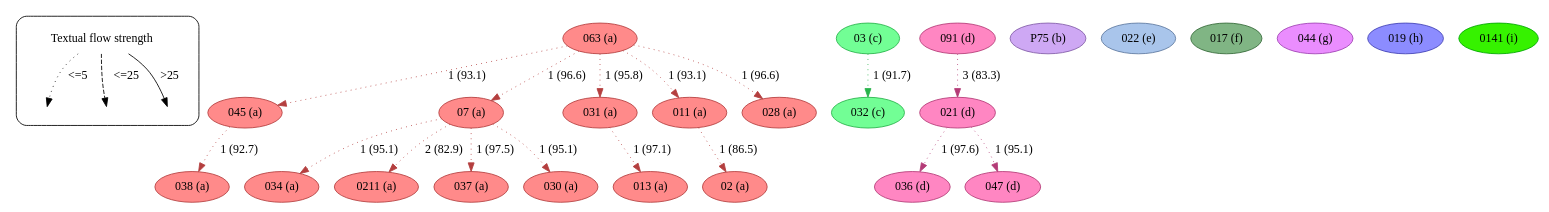
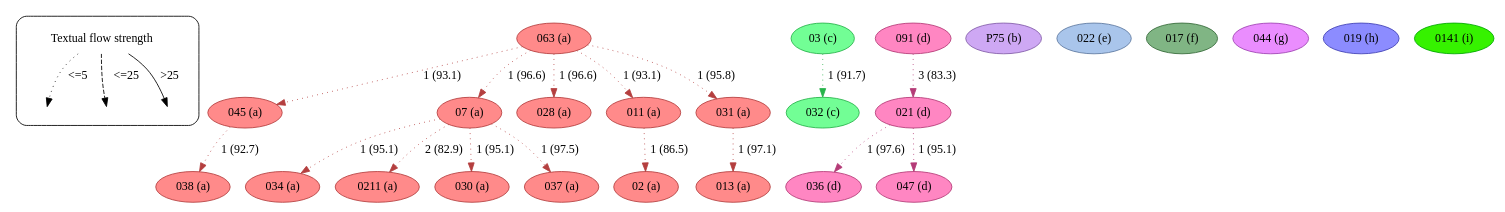
Before and after one commit to edmondac/CBGM: the diagram in example/c499/textual_flow_23_4-10_c499.dot, drawn with Graphviz. The commit also changed other lines of this file and 163 other files, not shown here.

```diff
--- a/example/c499/textual_flow_23_4-10_c499.dot
+++ b/example/c499/textual_flow_23_4-10_c499.dot
@@ -1,174 +1,174 @@
 strict digraph  {
 	node [label="\N"];
 	subgraph cluster_legend {
 		graph [style=rounded];
 		leg_s		 [label="Textual flow strength",
 			shape=plaintext];
 		leg_e1		 [fixedsize=True,
 			height=0.2,
 			label="",
 			style=invis];
 		leg_s -> leg_e1		 [label="<=5  ",
 			style=dotted];
 		leg_e2		 [fixedsize=True,
 			height=0.2,
 			label="",
 			style=invis];
 		leg_s -> leg_e2		 [label="  <=25",
 			style=dashed];
 		leg_e3		 [fixedsize=True,
 			height=0.2,
 			label="",
 			style=invis];
 		leg_s -> leg_e3		 [label=">25",
 			style=solid];
 	}
 	063	 [color="#b43f3f",
 		fillcolor="#FF8A8A",
 		label="063 (a)",
 		style=filled];
 	045	 [color="#b43f3f",
 		fillcolor="#FF8A8A",
 		label="045 (a)",
 		style=filled];
 	063 -> 045	 [color="#b43f3f",
 		label="1 (93.1)",
 		style=dotted];
 	07	 [color="#b43f3f",
 		fillcolor="#FF8A8A",
 		label="07 (a)",
 		style=filled];
 	063 -> 07	 [color="#b43f3f",
 		label="1 (96.6)",
 		style=dotted];
-	031	 [color="#b43f3f",
+	028	 [color="#b43f3f",
 		fillcolor="#FF8A8A",
-		label="031 (a)",
+		label="028 (a)",
 		style=filled];
-	063 -> 031	 [color="#b43f3f",
-		label="1 (95.8)",
+	063 -> 028	 [color="#b43f3f",
+		label="1 (96.6)",
 		style=dotted];
 	011	 [color="#b43f3f",
 		fillcolor="#FF8A8A",
 		label="011 (a)",
 		style=filled];
 	063 -> 011	 [color="#b43f3f",
 		label="1 (93.1)",
 		style=dotted];
-	028	 [color="#b43f3f",
+	031	 [color="#b43f3f",
 		fillcolor="#FF8A8A",
-		label="028 (a)",
+		label="031 (a)",
 		style=filled];
-	063 -> 028	 [color="#b43f3f",
-		label="1 (96.6)",
+	063 -> 031	 [color="#b43f3f",
+		label="1 (95.8)",
 		style=dotted];
 	038	 [color="#b43f3f",
 		fillcolor="#FF8A8A",
 		label="038 (a)",
 		style=filled];
 	045 -> 038	 [color="#b43f3f",
 		label="1 (92.7)",
 		style=dotted];
 	034	 [color="#b43f3f",
 		fillcolor="#FF8A8A",
 		label="034 (a)",
 		style=filled];
 	07 -> 034	 [color="#b43f3f",
 		label="1 (95.1)",
 		style=dotted];
 	0211	 [color="#b43f3f",
 		fillcolor="#FF8A8A",
 		label="0211 (a)",
 		style=filled];
 	07 -> 0211	 [color="#b43f3f",
 		label="2 (82.9)",
 		style=dotted];
+	030	 [color="#b43f3f",
+		fillcolor="#FF8A8A",
+		label="030 (a)",
+		style=filled];
+	07 -> 030	 [color="#b43f3f",
+		label="1 (95.1)",
+		style=dotted];
 	037	 [color="#b43f3f",
 		fillcolor="#FF8A8A",
 		label="037 (a)",
 		style=filled];
 	07 -> 037	 [color="#b43f3f",
 		label="1 (97.5)",
 		style=dotted];
-	030	 [color="#b43f3f",
+	02	 [color="#b43f3f",
 		fillcolor="#FF8A8A",
-		label="030 (a)",
+		label="02 (a)",
 		style=filled];
-	07 -> 030	 [color="#b43f3f",
-		label="1 (95.1)",
+	011 -> 02	 [color="#b43f3f",
+		label="1 (86.5)",
 		style=dotted];
 	013	 [color="#b43f3f",
 		fillcolor="#FF8A8A",
 		label="013 (a)",
 		style=filled];
 	031 -> 013	 [color="#b43f3f",
 		label="1 (97.1)",
-		style=dotted];
-	02	 [color="#b43f3f",
-		fillcolor="#FF8A8A",
-		label="02 (a)",
-		style=filled];
-	011 -> 02	 [color="#b43f3f",
-		label="1 (86.5)",
 		style=dotted];
 	03	 [color="#27b34a",
 		fillcolor="#72FE95",
 		label="03 (c)",
 		style=filled];
 	032	 [color="#27b34a",
 		fillcolor="#72FE95",
 		label="032 (c)",
 		style=filled];
 	03 -> 032	 [color="#27b34a",
 		label="1 (91.7)",
 		style=dotted];
+	091	 [color="#b43b77",
+		fillcolor="#FF86C2",
+		label="091 (d)",
+		style=filled];
 	021	 [color="#b43b77",
 		fillcolor="#FF86C2",
 		label="021 (d)",
 		style=filled];
+	091 -> 021	 [color="#b43b77",
+		label="3 (83.3)",
+		style=dotted];
 	036	 [color="#b43b77",
 		fillcolor="#FF86C2",
 		label="036 (d)",
 		style=filled];
 	021 -> 036	 [color="#b43b77",
 		label="1 (97.6)",
 		style=dotted];
 	047	 [color="#b43b77",
 		fillcolor="#FF86C2",
 		label="047 (d)",
 		style=filled];
 	021 -> 047	 [color="#b43b77",
 		label="1 (95.1)",
-		style=dotted];
-	091	 [color="#b43b77",
-		fillcolor="#FF86C2",
-		label="091 (d)",
-		style=filled];
-	091 -> 021	 [color="#b43b77",
-		label="3 (83.3)",
 		style=dotted];
 	P75	 [color="#835da9",
 		fillcolor="#CEA8F4",
 		label="P75 (b)",
 		style=filled];
 	022	 [color="#5e7aa0",
 		fillcolor="#A9C5EB",
 		label="022 (e)",
 		style=filled];
 	017	 [color="#356a39",
 		fillcolor="#80B584",
 		label="017 (f)",
 		style=filled];
 	044	 [color="#9f42b3",
 		fillcolor="#EA8DFE",
 		label="044 (g)",
 		style=filled];
 	019	 [color="#4141b4",
 		fillcolor="#8C8CFF",
 		label="019 (h)",
 		style=filled];
 	0141	 [color="#00a700",
 		fillcolor="#36F200",
 		label="0141 (i)",
 		style=filled];
 }
```
